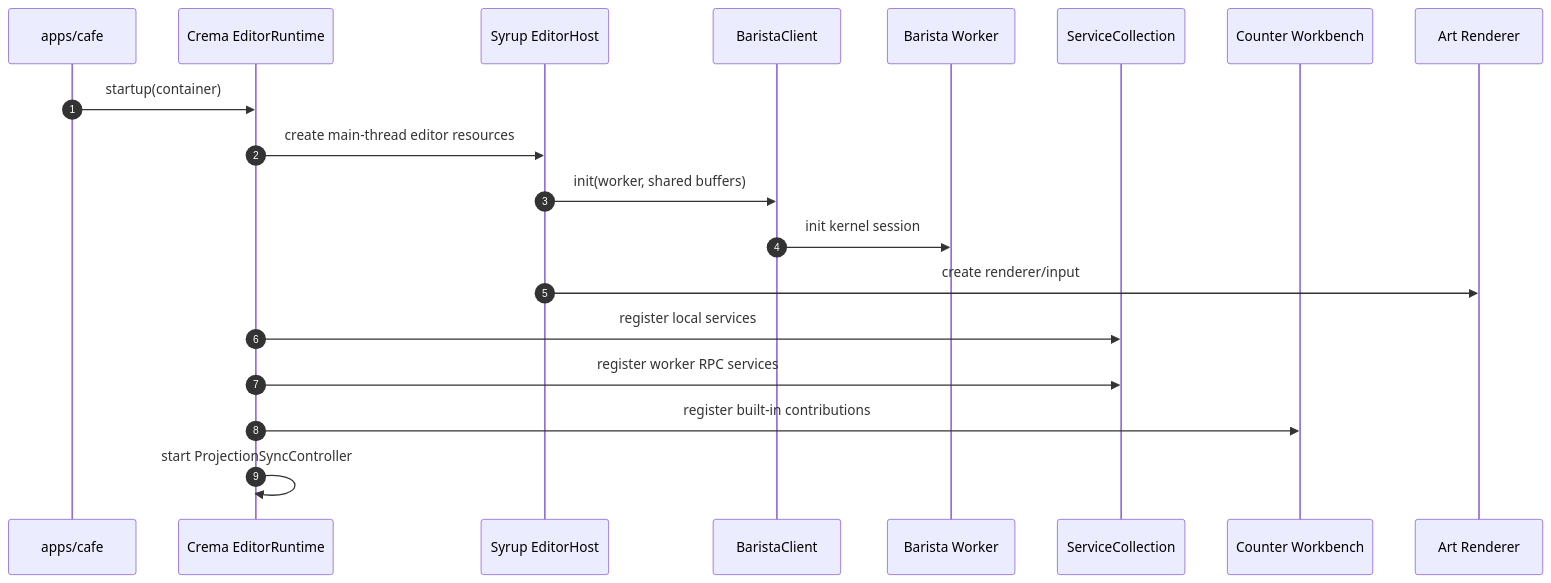
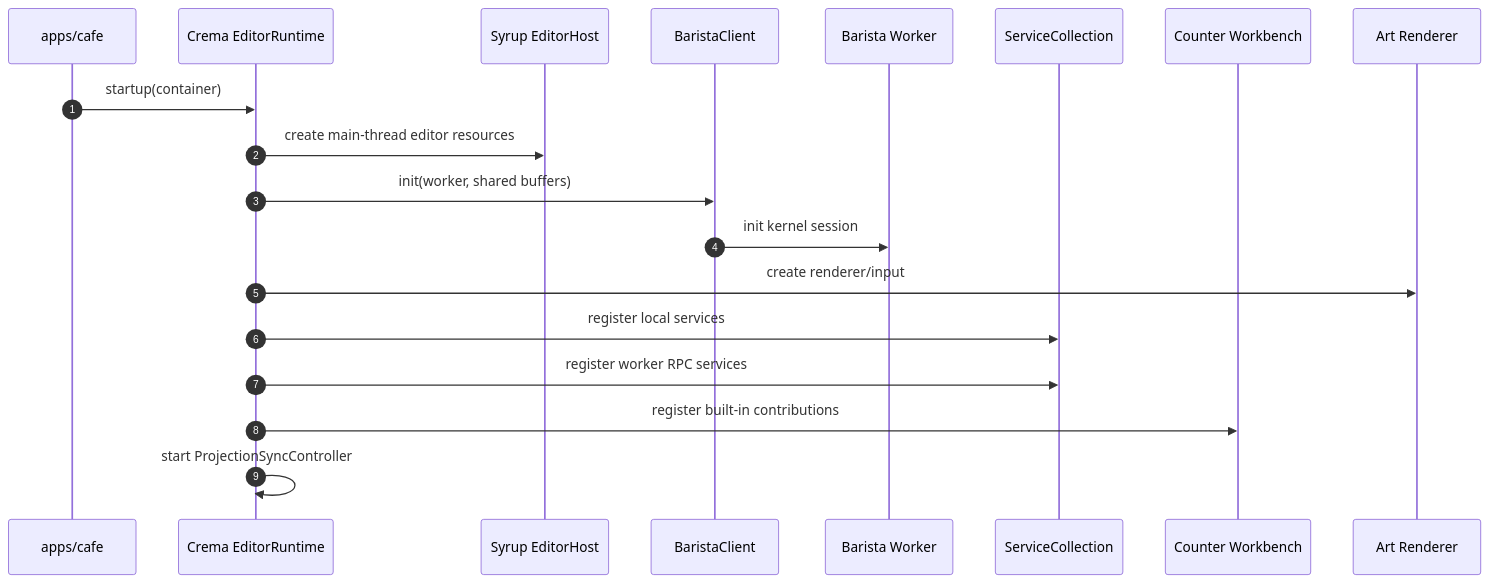
The third of 6 diagrams in docs/architecture-blueprint.zh-CN.md (DrugsZ/Latte), drawn with Mermaid before and after one commit. The commit also changed other lines of this file and 64 other files, not shown here.

````diff
--- a/docs/architecture-blueprint.zh-CN.md
+++ b/docs/architecture-blueprint.zh-CN.md
@@ -262,22 +262,22 @@
 ```mermaid
 sequenceDiagram
     autonumber
     participant App as apps/cafe
     participant Runtime as Crema EditorRuntime
     participant Editor as Syrup EditorHost
     participant Client as BaristaClient
     participant Worker as Barista Worker
     participant DI as ServiceCollection
     participant WB as Counter Workbench
     participant Render as Art Renderer
 
     App->>Runtime: startup(container)
     Runtime->>Editor: create main-thread editor resources
-    Editor->>Client: init(worker, shared buffers)
+    Runtime->>Client: init(worker, shared buffers)
     Client->>Worker: init kernel session
-    Editor->>Render: create renderer/input
+    Runtime->>Render: create renderer/input
     Runtime->>DI: register local services
     Runtime->>DI: register worker RPC services
     Runtime->>WB: register built-in contributions
     Runtime->>Runtime: start ProjectionSyncController
 ```
````
